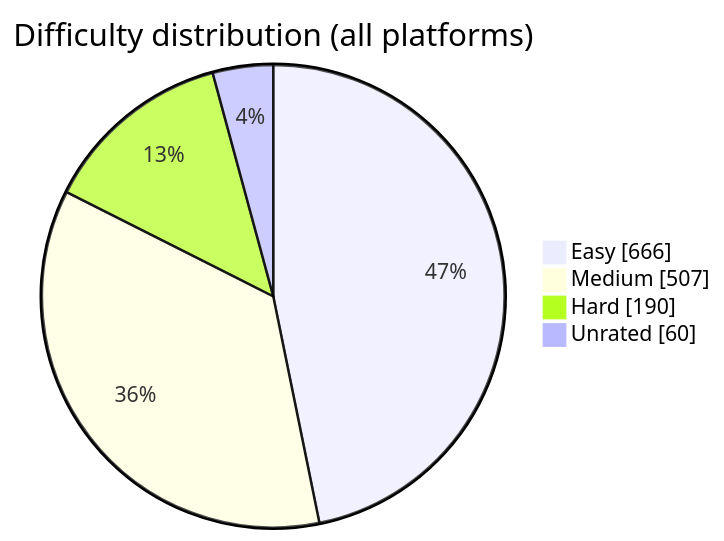
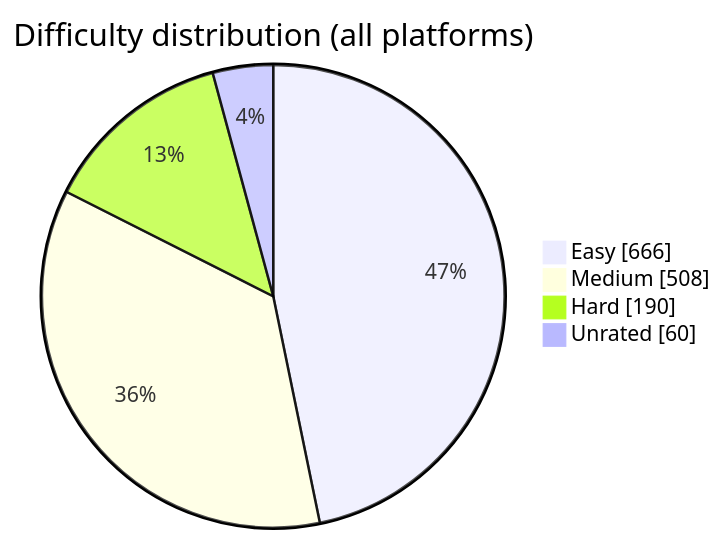
One commit to BuildbyArindam/Daily-Coding-Log changed the diagram in README.md. Above: the diagram before and after it, drawn with Mermaid. The commit also changed other lines of this file, not shown here.

````diff
--- a/README.md
+++ b/README.md
@@ -93,7 +93,7 @@
 ```mermaid
 pie showData title Difficulty distribution (all platforms)
     "Easy" : 666
-    "Medium" : 507
+    "Medium" : 508
     "Hard" : 190
     "Unrated" : 60
 ```
````
